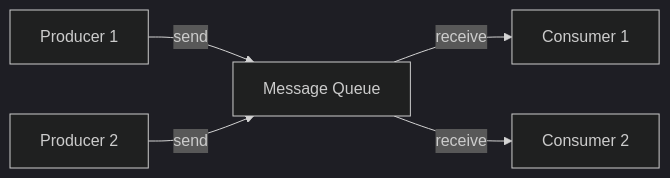
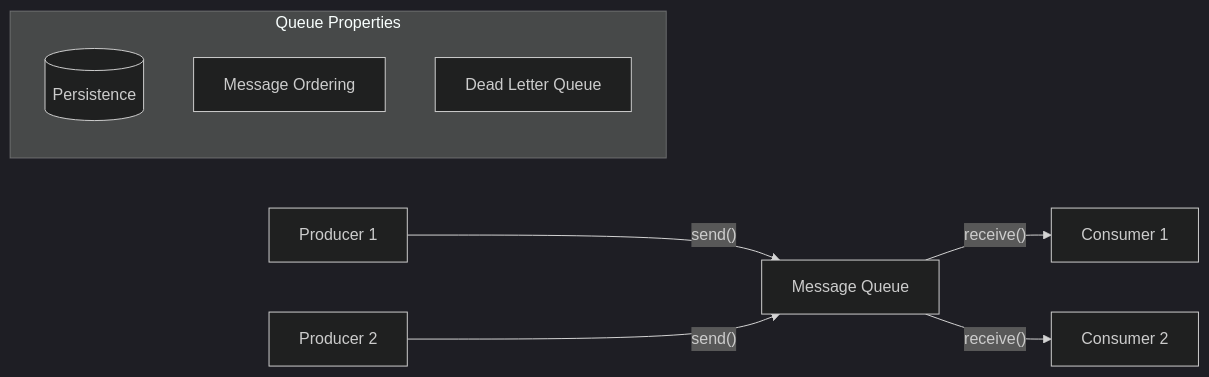
The second of 8 diagrams in README.md (Asim-Shah-2004/Distributed_Computing), drawn with Mermaid (dark theme) before and after one commit. The commit also changed other lines of this file, not shown here.

````diff
--- a/README.md
+++ b/README.md
@@ -30,7 +77,13 @@
 ```mermaid
 graph LR
-    P1[Producer 1] -->|send| Queue[Message Queue]
-    P2[Producer 2] -->|send| Queue
-    Queue -->|receive| C1[Consumer 1]
-    Queue -->|receive| C2[Consumer 2]
+    P1[Producer 1] -->|"send()"| Queue[Message Queue]
+    P2[Producer 2] -->|"send()"| Queue
+    Queue -->|"receive()"| C1[Consumer 1]
+    Queue -->|"receive()"| C2[Consumer 2]
+    
+    subgraph "Queue Properties"
+    Persistence[(Persistence)]
+    Ordering[Message Ordering]
+    DLQ[Dead Letter Queue]
+    end
 ```
````
